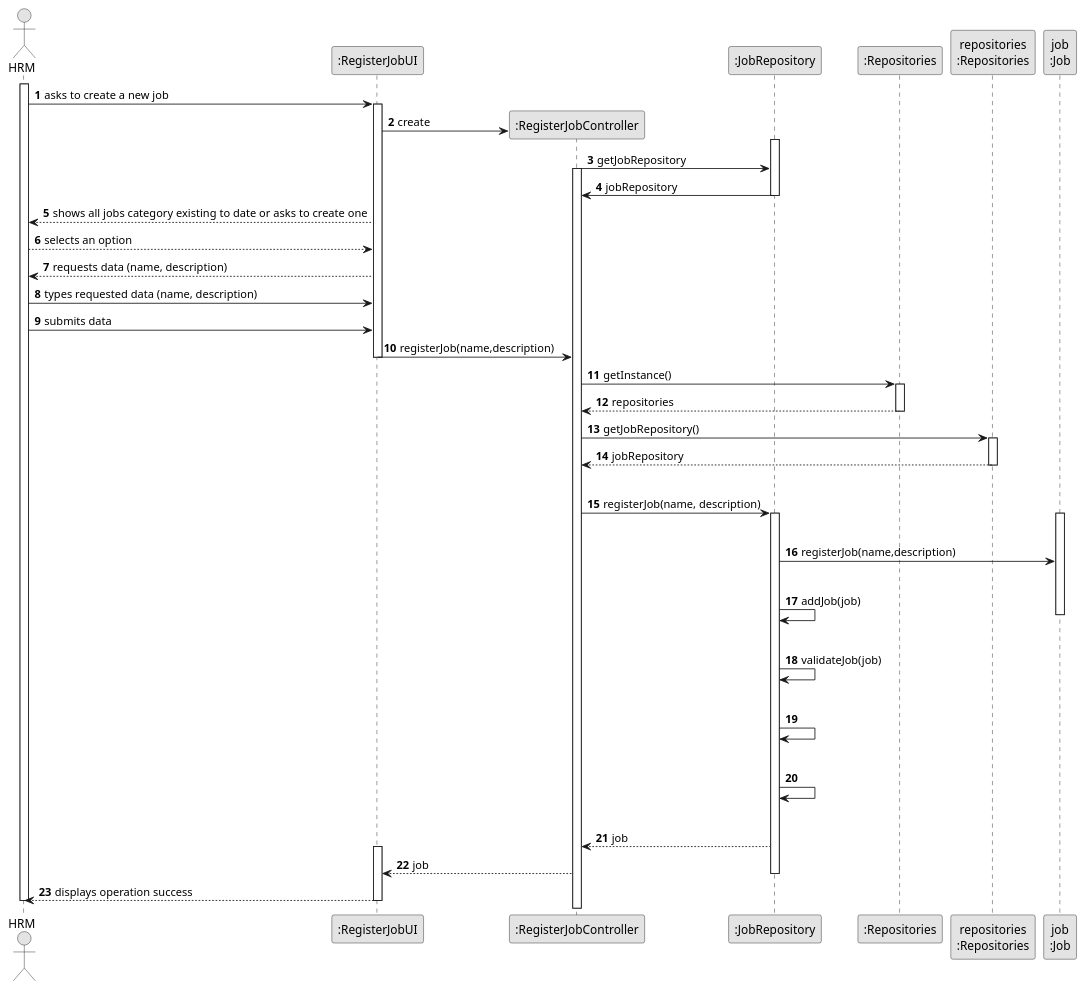
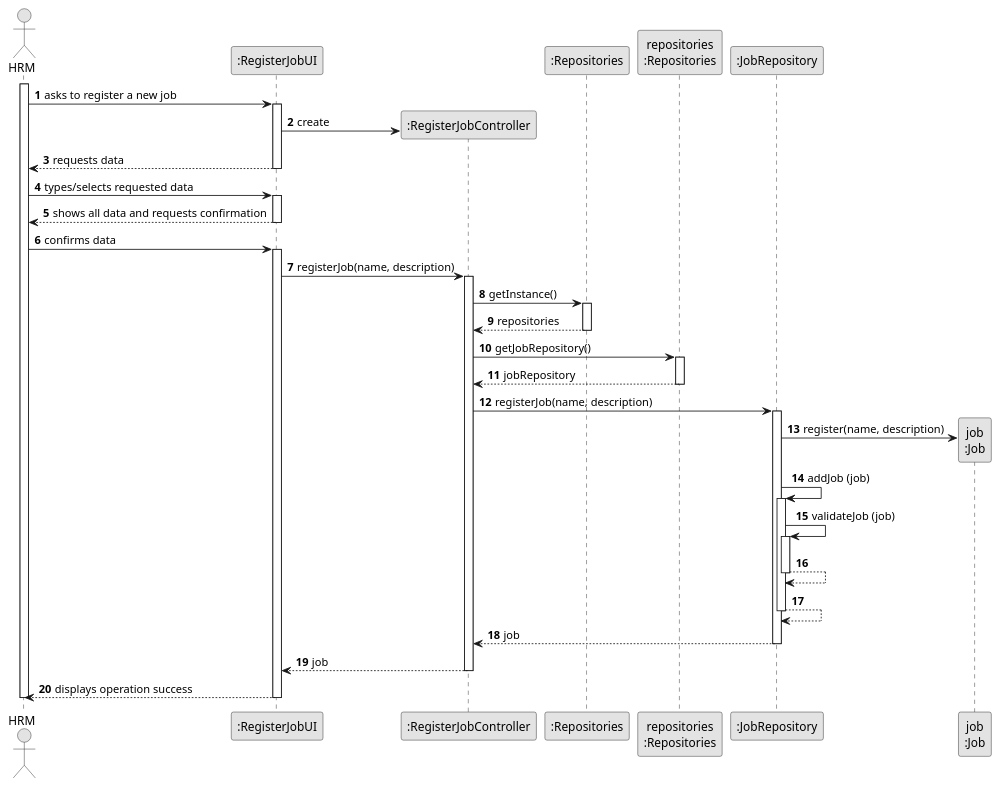
The diagram in docs/sprintA&B&C/us002/03.design/puml/us002-sequence-diagram-full.puml (daniel41silva05/ISEP_2023_2024_LAPR2), drawn with PlantUML before and after one commit. The commit also changed 2 other files, not shown here.

Commit message:
US02 sequence diagram correction

```diff
--- a/docs/sprintA&B&C/us002/03.design/puml/us002-sequence-diagram-full.puml
+++ b/docs/sprintA&B&C/us002/03.design/puml/us002-sequence-diagram-full.puml
@@ -1,105 +1,83 @@
 @startuml
 skinparam monochrome true
 skinparam packageStyle rectangle
 skinparam shadowing false
 
 
 autonumber
 
 'hide footbox
 
 actor "HRM" as HRM
 participant ":RegisterJobUI" as UI
 participant ":RegisterJobController" as CTRL
-participant ":JobRepository" as JOBS
 participant ":Repositories" as REP
-participant "repositories\n:Repositories" as PLAT
+participant "repositories\n:Repositories" as REPS
+participant ":JobRepository" as jobRepository
 participant "job\n:Job" as JOB
 
 
 activate HRM
 
-        HRM -> UI : asks to create a new job
+    HRM -> UI : asks to register a new job
+    activate UI
 
-        activate UI
+        UI -> CTRL** : create
 
-            create CTRL
-            UI -> CTRL** : create
+    UI --> HRM : requests data
+    deactivate UI
 
-            activate JOBS
-            CTRL -> JOBS : getJobRepository
+    HRM -> UI : types/selects requested data
+    activate UI
 
-            activate CTRL
-            JOBS -> CTRL : jobRepository
+    UI --> HRM : shows all data and requests confirmation
+    deactivate UI
 
-            deactivate JOBS
+    HRM -> UI : confirms data
+    activate UI
 
-            UI --> HRM : shows all jobs category existing to date or asks to create one
+        UI -> CTRL: registerJob(name, description)
+        activate CTRL
 
-            HRM --> UI : selects an option
+            CTRL -> REP: getInstance()
+            activate REP
 
-            UI --> HRM : requests data (name, description)
+            REP --> CTRL: repositories
+            deactivate REP
 
+            CTRL -> REPS: getJobRepository()
+            activate REPS
 
+            REPS --> CTRL: jobRepository
+            deactivate REPS
 
-    HRM -> UI : types requested data (name, description)
+            CTRL -> jobRepository: registerJob(name, description)
+            activate jobRepository
 
+                jobRepository -> JOB** : register(name, description)
 
-    HRM -> UI : submits data
+                jobRepository -> jobRepository: addJob (job)
+                activate jobRepository
 
-        UI -> CTRL : registerJob(name,description)
+                jobRepository -> jobRepository: validateJob (job)
+                activate jobRepository
 
-            deactivate UI
-                CTRL -> REP : getInstance()
-                activate REP
+                jobRepository --> jobRepository
+                deactivate jobRepository
 
-                    REP --> CTRL: repositories
-                deactivate REP
+                jobRepository --> jobRepository
+                deactivate jobRepository
 
-                CTRL -> PLAT: getJobRepository()
+            jobRepository --> CTRL: job
+            deactivate jobRepository
 
-                activate PLAT
+        CTRL --> UI: job
+        deactivate CTRL
 
-                PLAT --> CTRL: jobRepository
-                deactivate PLAT
-
-
-            |||
-            CTRL -> JOBS: registerJob(name, description)
-            activate JOBS
-
-            |||
-
-            activate JOB
-            JOBS -> JOB: registerJob(name,description)
-
-            |||
-
-            JOBS -> JOBS: addJob(job)
-            deactivate JOB
-            |||
-
-            JOBS -> JOBS: validateJob(job)
-            |||
-
-            JOBS -> JOBS
-            |||
-
-            JOBS -> JOBS
-            |||
-
-
-            JOBS --> CTRL: job
-
-            activate UI
-            CTRL --> UI: job
-
-            deactivate JOBS
-
-
-            UI --> HRM: displays operation success
+    UI --> HRM : displays operation success
     deactivate UI
 
 deactivate HRM
 
+
 @enduml
```
